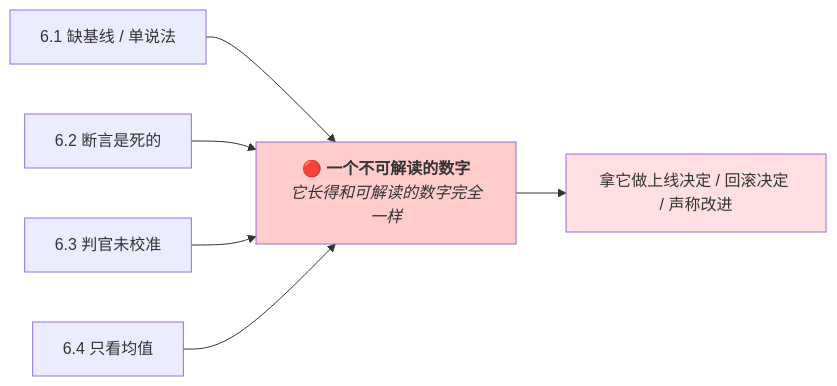
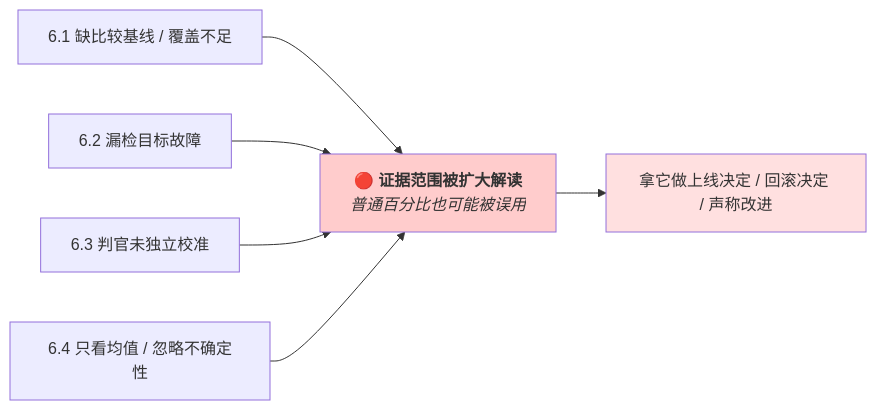
Before and after one commit to didadila/ai-agent-handbook: the tenth of 10 diagrams in handbook/ai-agent/06-评估.md, drawn with Mermaid. The commit also changed other lines of this file and 211 other files, not shown here.

````diff
--- a/handbook/ai-agent/06-评估.md
+++ b/handbook/ai-agent/06-评估.md
@@ -748,12 +788,12 @@
 ```mermaid
 flowchart LR
-    D1["6.1 缺基线 / 单说法"] --> N["🔴 <b>一个不可解读的数字</b><br/><i>它长得和可解读的数字完全一样</i>"]
-    D2["6.2 断言是死的"] --> N
-    D3["6.3 判官未校准"] --> N
-    D4["6.4 只看均值"] --> N
+    D1["6.1 缺比较基线 / 覆盖不足"] --> N["🔴 <b>证据范围被扩大解读</b><br/><i>普通百分比也可能被误用</i>"]
+    D2["6.2 漏检目标故障"] --> N
+    D3["6.3 判官未独立校准"] --> N
+    D4["6.4 只看均值 / 忽略不确定性"] --> N
 
     N --> U["拿它做上线决定 / 回滚决定 / 声称改进"]
 
     style N fill:#ffcccc
     style U fill:#ffe0e0
 ```
````
